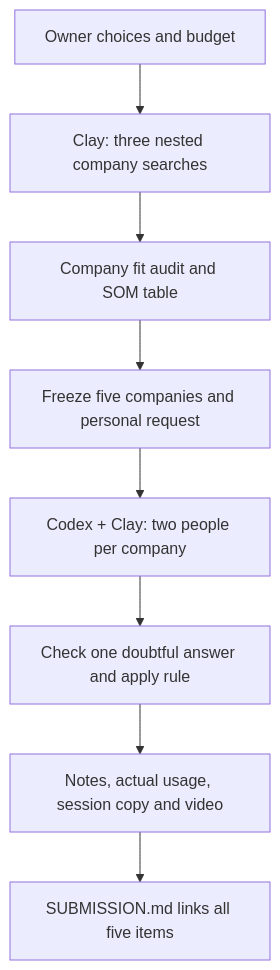
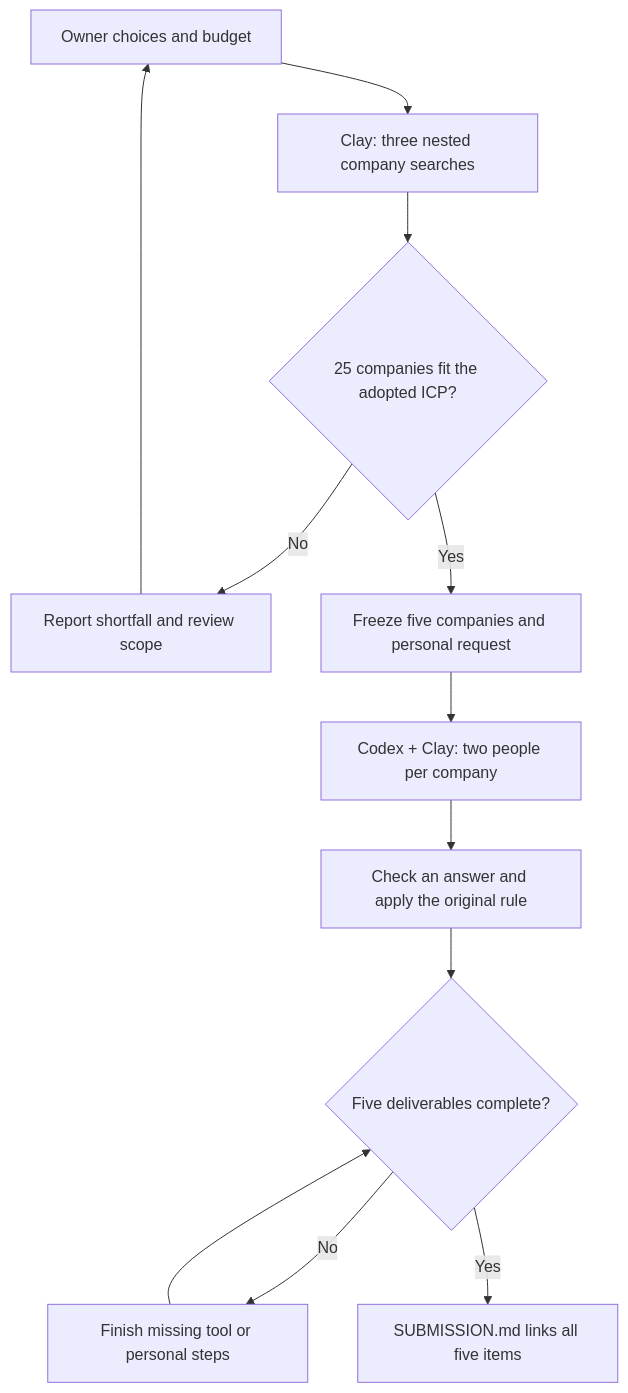
The diagram in sessions/session-06/README.md (AYassin01/swvl-gtm-research-playbook), drawn with Mermaid before and after one commit.

Commit message:
Show scope and completion decisions in the Session 6 workflow

````diff
--- a/sessions/session-06/README.md
+++ b/sessions/session-06/README.md
@@ -45,10 +45,14 @@
 ```mermaid
 flowchart TD
     setup["Owner choices and budget"] --> map["Clay: three nested company searches"]
-    map --> list["Company fit audit and SOM table"]
-    list --> sample["Freeze five companies and personal request"]
+    map --> fit{"25 companies fit the adopted ICP?"}
+    fit -->|No| revise["Report shortfall and review scope"]
+    revise --> setup
+    fit -->|Yes| sample["Freeze five companies and personal request"]
     sample --> people["Codex + Clay: two people per company"]
-    people --> check["Check one doubtful answer and apply rule"]
-    check --> package["Notes, actual usage, session copy and video"]
-    package --> submit["SUBMISSION.md links all five items"]
+    people --> check["Check an answer and apply the original rule"]
+    check --> ready{"Five deliverables complete?"}
+    ready -->|No| finish["Finish missing tool or personal steps"]
+    finish --> ready
+    ready -->|Yes| submit["SUBMISSION.md links all five items"]
 ```
````
